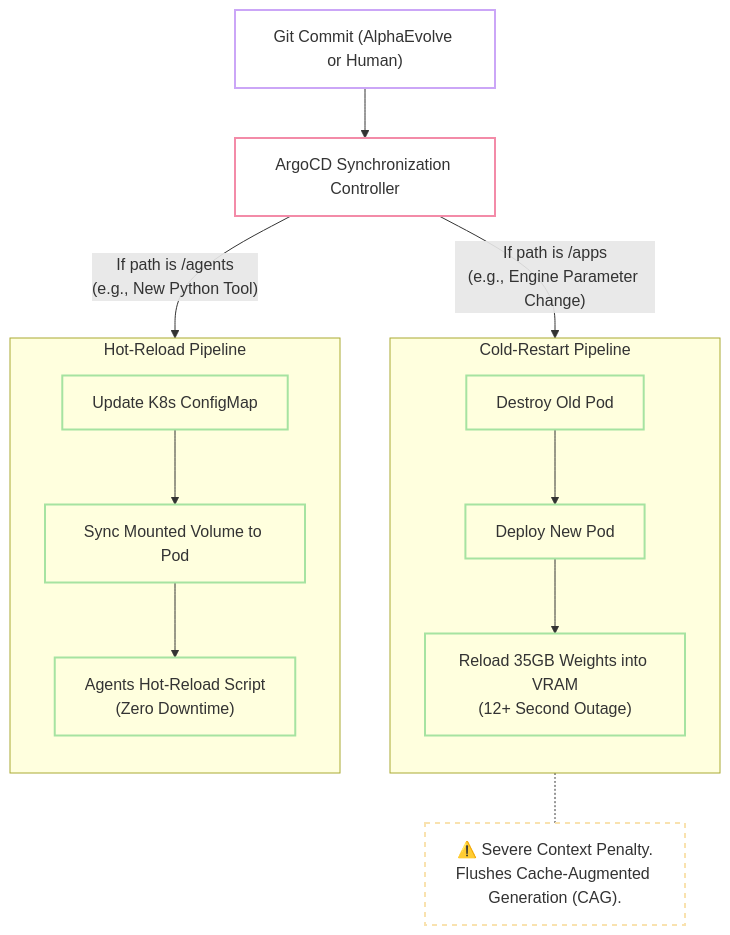
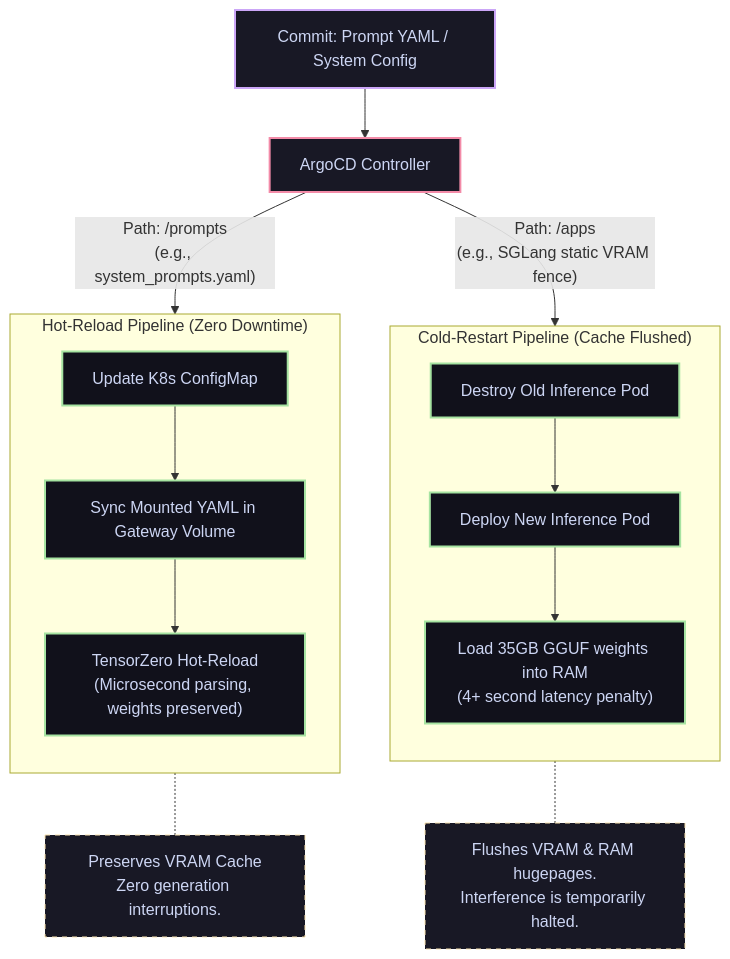
Before and after one commit to foersben/janus-synapse-edge: the diagram in docs/10. Observability, Telemetry & GitOps.md, drawn with Mermaid. The commit also changed other lines of this file and 12 other files, not shown here.

````diff
--- a/docs/10. Observability, Telemetry & GitOps.md
+++ b/docs/10. Observability, Telemetry & GitOps.md
@@ -53,35 +51,38 @@
 ```mermaid
 flowchart TD
     %% GitOps Hot-Reload vs Cold-Restart
-    classDef git fill:none,stroke:#cba6f7,stroke-width:2px;
-    classDef argo fill:none,stroke:#f38ba8,stroke-width:2px;
-    classDef pod fill:none,stroke:#a6e3a1,stroke-width:2px;
-    classDef note fill:none,stroke:#f9e2af,stroke-width:2px,stroke-dasharray: 5 5;
+    classDef git fill:#181825,stroke:#cba6f7,stroke-width:2px,color:#cdd6f4
+    classDef argo fill:#181825,stroke:#f38ba8,stroke-width:2px,color:#cdd6f4
+    classDef pod fill:#11111b,stroke:#a6e3a1,stroke-width:2px,color:#cdd6f4
+    classDef note fill:#181825,stroke:#f9e2af,stroke-width:1px,stroke-dasharray: 5 5,color:#cdd6f4
 
-    Commit["Git Commit (AlphaEvolve or Human)"]:::git
-    ArgoCD["ArgoCD Synchronization Controller"]:::argo
+    Commit["Commit: Prompt YAML / System Config"]:::git
+    ArgoCD["ArgoCD Controller"]:::argo
 
     Commit --> ArgoCD
 
-    ArgoCD -- "If path is /apps<br/>(e.g., Engine Parameter Change)" --> ColdStart
-    ArgoCD -- "If path is /agents<br/>(e.g., New Python Tool)" --> HotReload
+    ArgoCD -- "Path: /prompts<br/>(e.g., system_prompts.yaml)" --> HotReload
+    ArgoCD -- "Path: /apps<br/>(e.g., SGLang static VRAM fence)" --> ColdStart
 
-    subgraph ColdStart["Cold-Restart Pipeline"]
+    subgraph HotReload["Hot-Reload Pipeline (Zero Downtime)"]
         direction TB
-        Destroy["Destroy Old Pod"]:::pod
-        Deploy["Deploy New Pod"]:::pod
-        Load["Reload 35GB Weights into VRAM<br/>(12+ Second Outage)"]:::pod
+        ConfigMap["Update K8s ConfigMap"]:::pod
+        Mount["Sync Mounted YAML in Gateway Volume"]:::pod
+        Reload["TensorZero Hot-Reload<br/>(Microsecond parsing, weights preserved)"]:::pod
+        ConfigMap --> Mount --> Reload
+    end
+
+    subgraph ColdStart["Cold-Restart Pipeline (Cache Flushed)"]
+        direction TB
+        Destroy["Destroy Old Inference Pod"]:::pod
+        Deploy["Deploy New Inference Pod"]:::pod
+        Load["Load 35GB GGUF weights into RAM<br/>(4+ second latency penalty)"]:::pod
         Destroy --> Deploy --> Load
     end
 
-    subgraph HotReload["Hot-Reload Pipeline"]
-        direction TB
-        ConfigMap["Update K8s ConfigMap"]:::pod
-        Mount["Sync Mounted Volume to Pod"]:::pod
-        Reload["Agents Hot-Reload Script<br/>(Zero Downtime)"]:::pod
-        ConfigMap --> Mount --> Reload
-    end
+    HotNote["Preserves VRAM Cache<br/>Zero generation interruptions."]:::note
+    ColdNote["Flushes VRAM & RAM hugepages.<br/>Interference is temporarily halted."]:::note
 
-    PenaltyNote["⚠️ Severe Context Penalty.<br/>Flushes Cache-Augmented Generation (CAG)."]:::note
-    ColdStart -.- PenaltyNote
+    HotReload -.- HotNote
+    ColdStart -.- ColdNote
 ```
````
